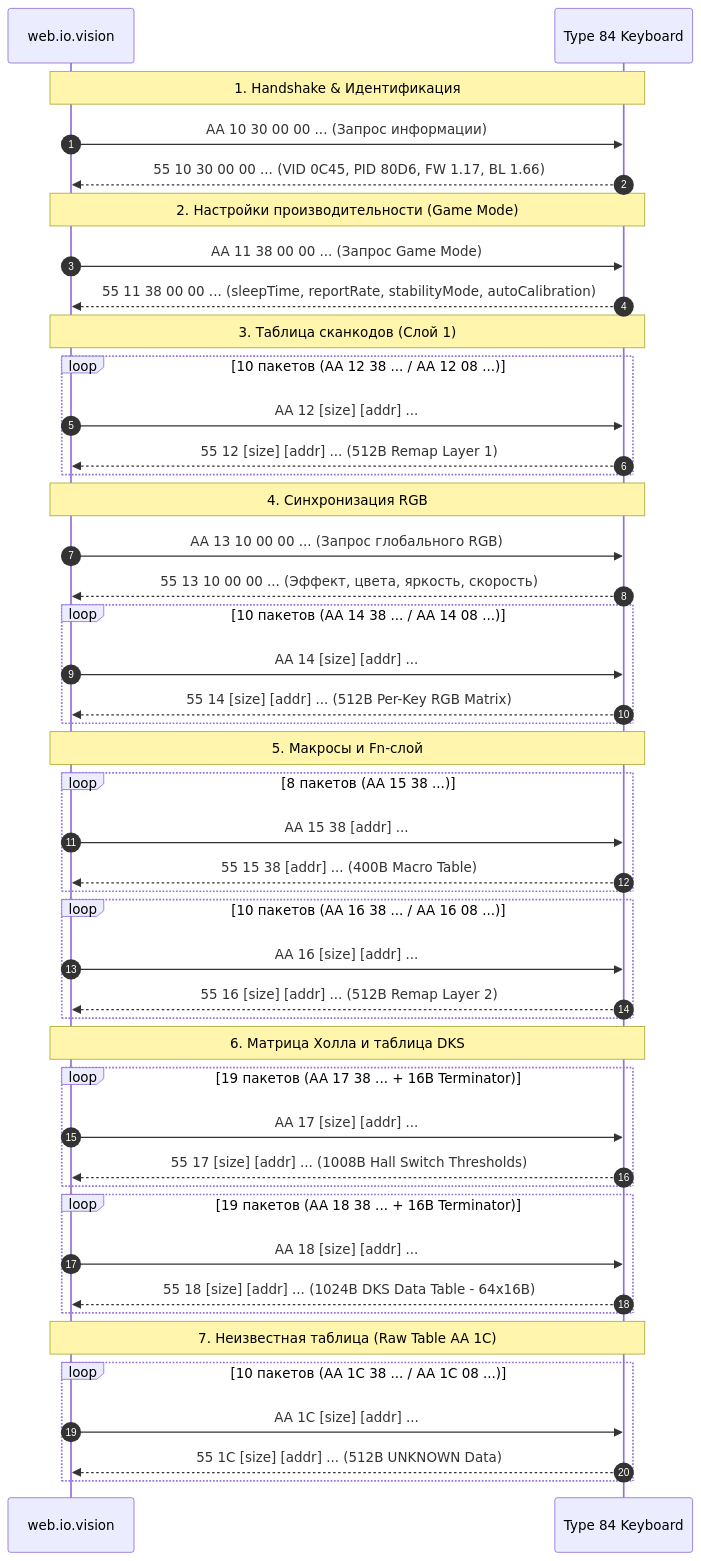
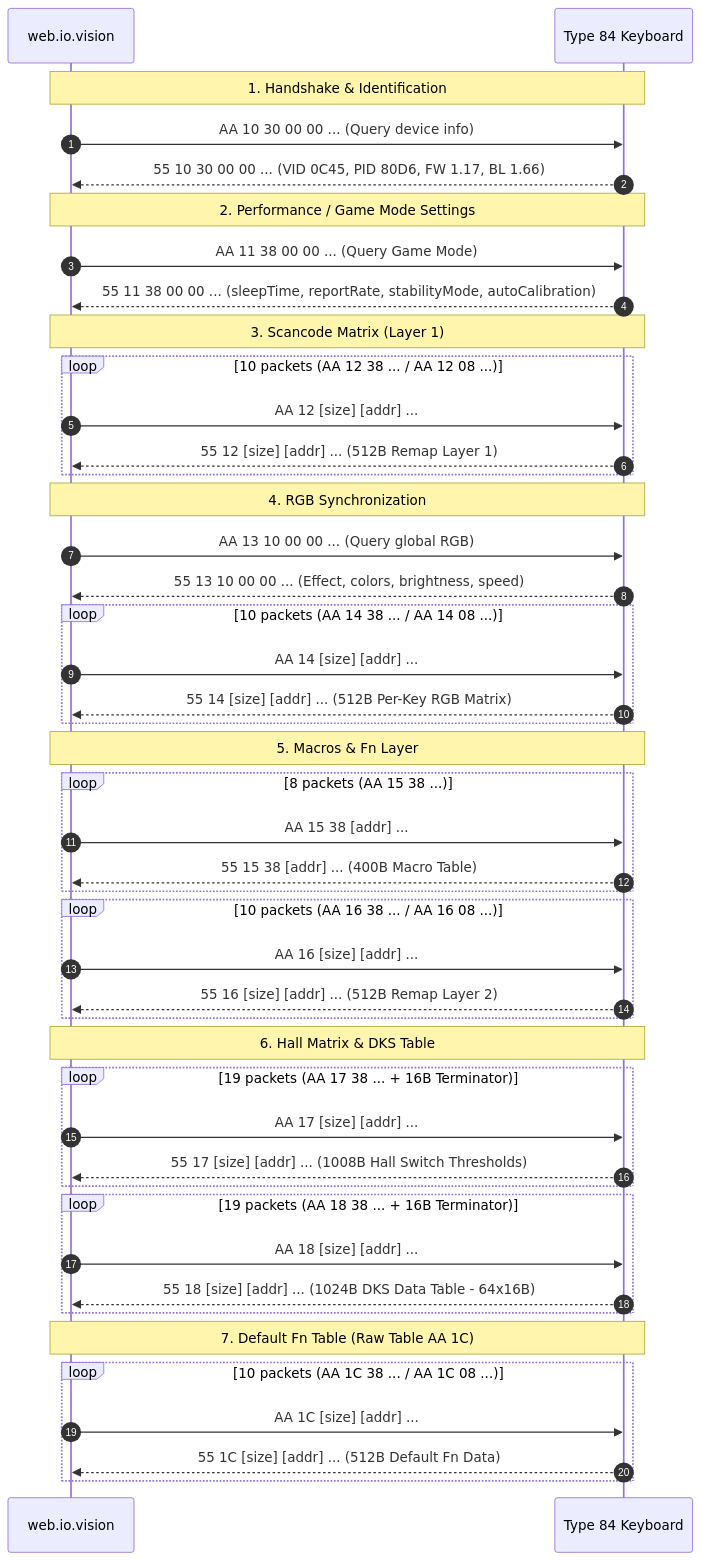
Before and after one commit to chernyhim/type84-configurator: the diagram in docs/READ_PROTOCOL.md, drawn with Mermaid. The commit also changed other lines of this file and 19 other files, not shown here.

````diff
--- a/docs/READ_PROTOCOL.md
+++ b/docs/READ_PROTOCOL.md
@@ -167,54 +167,54 @@
 ```mermaid
 sequenceDiagram
     autonumber
     participant Host as web.io.vision
     participant Dev as Type 84 Keyboard
 
-    Note over Host,Dev: 1. Handshake & Идентификация
-    Host->>Dev: AA 10 30 00 00 ... (Запрос информации)
+    Note over Host,Dev: 1. Handshake & Identification
+    Host->>Dev: AA 10 30 00 00 ... (Query device info)
     Dev-->>Host: 55 10 30 00 00 ... (VID 0C45, PID 80D6, FW 1.17, BL 1.66)
     
-    Note over Host,Dev: 2. Настройки производительности (Game Mode)
-    Host->>Dev: AA 11 38 00 00 ... (Запрос Game Mode)
+    Note over Host,Dev: 2. Performance / Game Mode Settings
+    Host->>Dev: AA 11 38 00 00 ... (Query Game Mode)
     Dev-->>Host: 55 11 38 00 00 ... (sleepTime, reportRate, stabilityMode, autoCalibration)
     
-    Note over Host,Dev: 3. Таблица сканкодов (Слой 1)
-    loop 10 пакетов (AA 12 38 ... / AA 12 08 ...)
+    Note over Host,Dev: 3. Scancode Matrix (Layer 1)
+    loop 10 packets (AA 12 38 ... / AA 12 08 ...)
         Host->>Dev: AA 12 [size] [addr] ...
         Dev-->>Host: 55 12 [size] [addr] ... (512B Remap Layer 1)
     end
 
-    Note over Host,Dev: 4. Синхронизация RGB
-    Host->>Dev: AA 13 10 00 00 ... (Запрос глобального RGB)
-    Dev-->>Host: 55 13 10 00 00 ... (Эффект, цвета, яркость, скорость)
-    loop 10 пакетов (AA 14 38 ... / AA 14 08 ...)
+    Note over Host,Dev: 4. RGB Synchronization
+    Host->>Dev: AA 13 10 00 00 ... (Query global RGB)
+    Dev-->>Host: 55 13 10 00 00 ... (Effect, colors, brightness, speed)
+    loop 10 packets (AA 14 38 ... / AA 14 08 ...)
         Host->>Dev: AA 14 [size] [addr] ...
         Dev-->>Host: 55 14 [size] [addr] ... (512B Per-Key RGB Matrix)
     end
 
-    Note over Host,Dev: 5. Макросы и Fn-слой
-    loop 8 пакетов (AA 15 38 ...)
+    Note over Host,Dev: 5. Macros & Fn Layer
+    loop 8 packets (AA 15 38 ...)
         Host->>Dev: AA 15 38 [addr] ...
         Dev-->>Host: 55 15 38 [addr] ... (400B Macro Table)
     end
-    loop 10 пакетов (AA 16 38 ... / AA 16 08 ...)
+    loop 10 packets (AA 16 38 ... / AA 16 08 ...)
         Host->>Dev: AA 16 [size] [addr] ...
         Dev-->>Host: 55 16 [size] [addr] ... (512B Remap Layer 2)
     end
 
-    Note over Host,Dev: 6. Матрица Холла и таблица DKS
-    loop 19 пакетов (AA 17 38 ... + 16B Terminator)
+    Note over Host,Dev: 6. Hall Matrix & DKS Table
+    loop 19 packets (AA 17 38 ... + 16B Terminator)
         Host->>Dev: AA 17 [size] [addr] ...
         Dev-->>Host: 55 17 [size] [addr] ... (1008B Hall Switch Thresholds)
     end
-    loop 19 пакетов (AA 18 38 ... + 16B Terminator)
+    loop 19 packets (AA 18 38 ... + 16B Terminator)
         Host->>Dev: AA 18 [size] [addr] ...
         Dev-->>Host: 55 18 [size] [addr] ... (1024B DKS Data Table - 64x16B)
     end
 
-    Note over Host,Dev: 7. Неизвестная таблица (Raw Table AA 1C)
-    loop 10 пакетов (AA 1C 38 ... / AA 1C 08 ...)
+    Note over Host,Dev: 7. Default Fn Table (Raw Table AA 1C)
+    loop 10 packets (AA 1C 38 ... / AA 1C 08 ...)
         Host->>Dev: AA 1C [size] [addr] ...
-        Dev-->>Host: 55 1C [size] [addr] ... (512B UNKNOWN Data)
+        Dev-->>Host: 55 1C [size] [addr] ... (512B Default Fn Data)
     end
 ```
````
